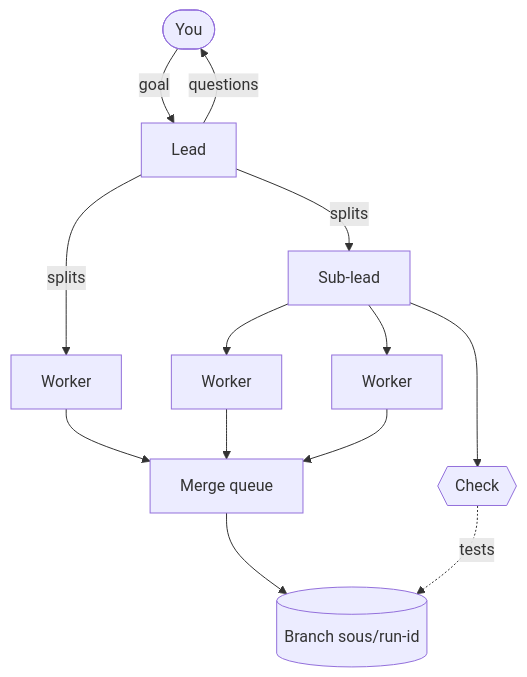
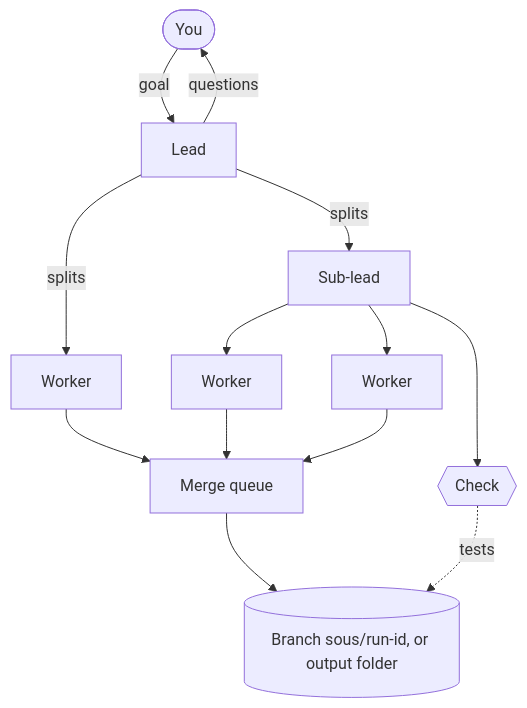
One commit to krimvp/sous changed the diagram in README.md. Above: the diagram before and after it, drawn with Mermaid. The commit also changed other lines of this file and 6 other files, not shown here.

````diff
--- a/README.md
+++ b/README.md
@@ -24,13 +24,13 @@
 ```mermaid
 flowchart TD
   you([You]) -- goal --> lead[Lead]
   lead -- splits --> sub[Sub-lead]
   lead -- splits --> w1[Worker]
   sub --> w2[Worker]
   sub --> w3[Worker]
   sub --> c1{{Check}}
   w1 & w2 & w3 --> queue[Merge queue]
-  queue --> result[("Branch sous/run-id")]
+  queue --> result[("Branch sous/run-id, or output folder")]
   c1 -. tests .-> result
   lead -- questions --> you
 ```
````
